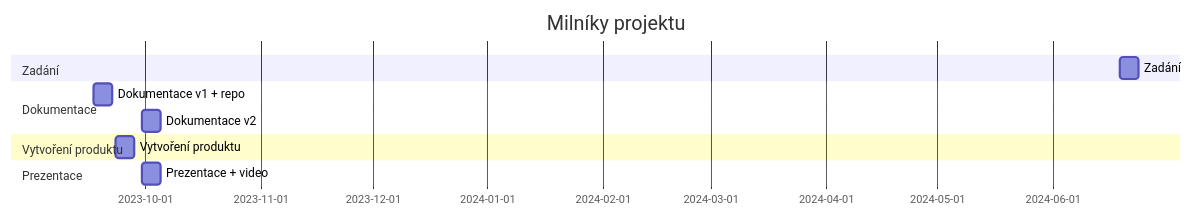
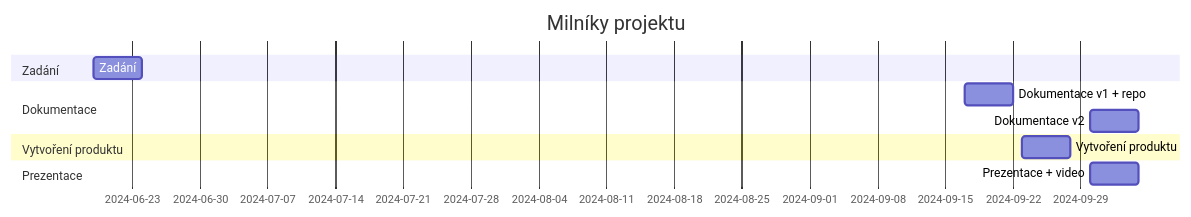
The diagram in zadani.md (christoph1j2/ESP8266-Shield), drawn with Mermaid before and after one commit.

Commit message:
update for 2024

````diff
--- a/zadani.md
+++ b/zadani.md
@@ -15,14 +15,14 @@
 ```mermaid
 gantt
     title Milníky projektu
     dateFormat  YYYY-MM-DD
     section Zadání
     Zadání                    :a1, 2024-06-19, 5d
     section Dokumentace
-    Dokumentace v1 + repo     :a2, 2023-09-17, 5d
-    Dokumentace v2            :a3, 2023-09-30, 5d
+    Dokumentace v1 + repo     :a2, 2024-09-17, 5d
+    Dokumentace v2            :a3, 2024-09-30, 5d
     section Vytvoření produktu
-    Vytvoření produktu        :a4, 2023-09-23, 5d
+    Vytvoření produktu        :a4, 2024-09-23, 5d
     section Prezentace
-    Prezentace + video        :a5, 2023-09-30, 5d
+    Prezentace + video        :a5, 2024-09-30, 5d
 ```
````
